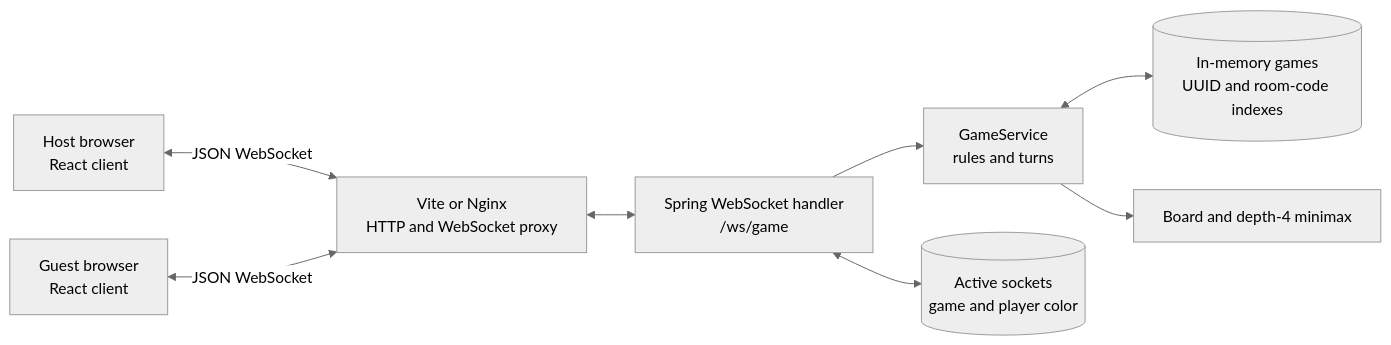
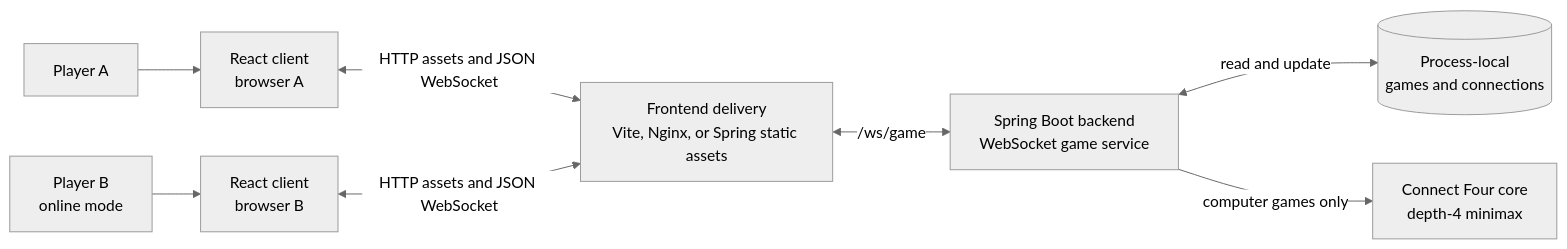
Before and after one commit to blam135/Connect-4-Game: the first of 6 diagrams in docs/architecture.md, drawn with Mermaid (neutral theme). The commit also changed other lines of this file and 17 other files, not shown here.

````diff
--- a/docs/architecture.md
+++ b/docs/architecture.md
@@ -17,19 +30,19 @@
 ```mermaid
 flowchart LR
-    Host["Host browser<br/>React client"]
-    Guest["Guest browser<br/>React client"]
-    Edge["Vite or Nginx<br/>HTTP and WebSocket proxy"]
-    Handler["Spring WebSocket handler<br/>/ws/game"]
-    Service["GameService<br/>rules and turns"]
-    Games[("In-memory games<br/>UUID and room-code indexes")]
-    Connections[("Active sockets<br/>game and player color")]
-    AI["Board and depth-4 minimax"]
+    PlayerA["Player A"]
+    PlayerB["Player B<br/>online mode"]
+    ClientA["React client<br/>browser A"]
+    ClientB["React client<br/>browser B"]
+    Edge["Frontend delivery<br/>Vite, Nginx, or Spring static assets"]
+    Backend["Spring Boot backend<br/>WebSocket game service"]
+    State[("Process-local<br/>games and connections")]
+    AI["Connect Four core<br/>depth-4 minimax"]
 
-    Host <-->|"JSON WebSocket"| Edge
-    Guest <-->|"JSON WebSocket"| Edge
-    Edge <--> Handler
-    Handler <--> Connections
-    Handler --> Service
-    Service <--> Games
-    Service --> AI
+    PlayerA --> ClientA
+    PlayerB --> ClientB
+    ClientA <-->|"HTTP assets and JSON WebSocket"| Edge
+    ClientB <-->|"HTTP assets and JSON WebSocket"| Edge
+    Edge <-->|"/ws/game"| Backend
+    Backend <-->|"read and update"| State
+    Backend -->|"computer games only"| AI
 ```
````
